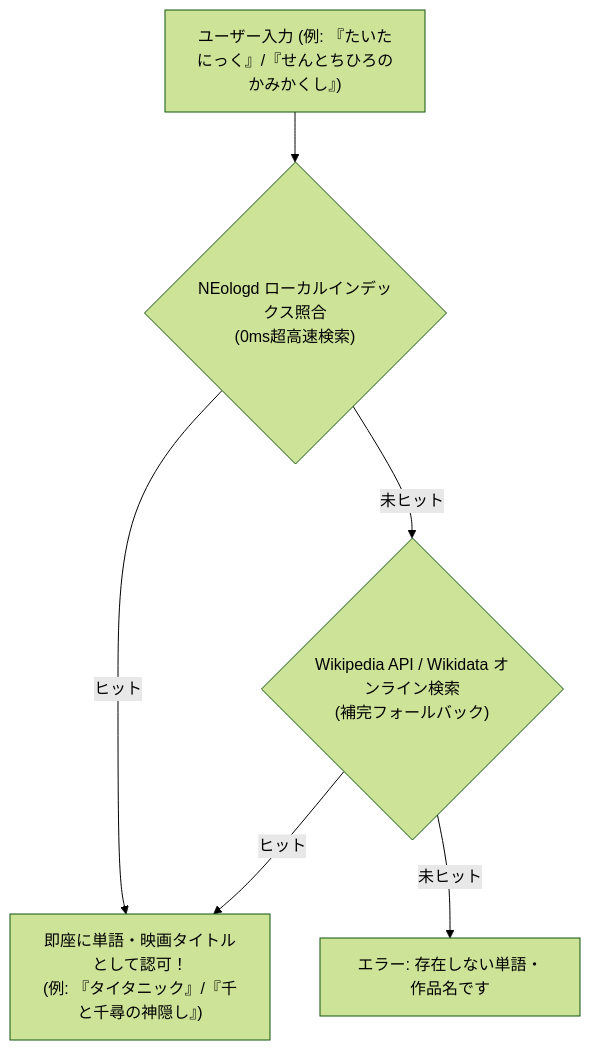
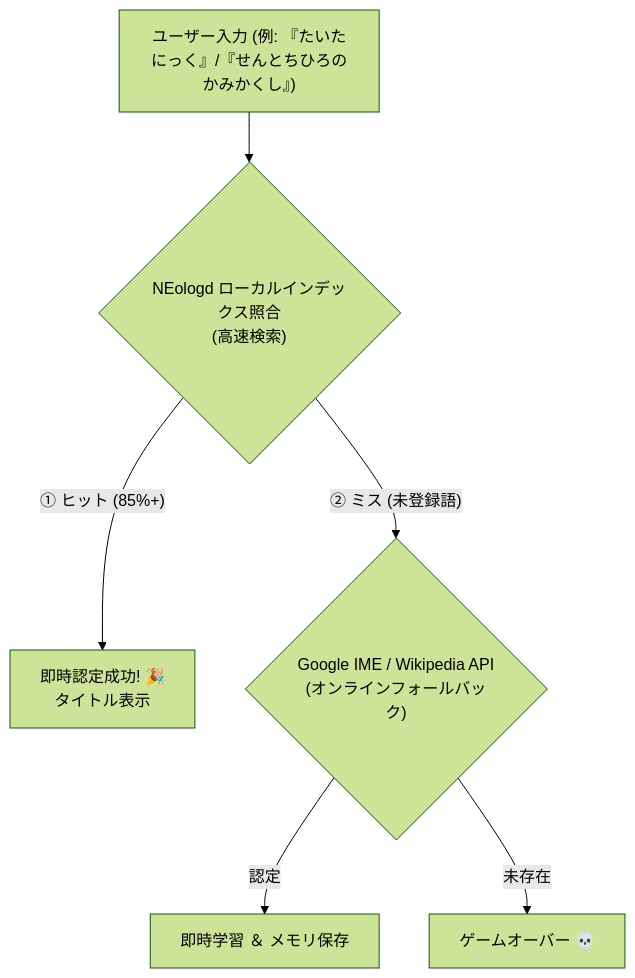
Before and after one commit to Ikenachi2023/ShiritoRush: the diagram in docs/research/NEologd辞書導入検討.md, drawn with Mermaid (forest theme). The commit also changed other lines of this file and 2 other files, not shown here.

````diff
--- a/docs/research/NEologd辞書導入検討.md
+++ b/docs/research/NEologd辞書導入検討.md
@@ -38,8 +37,8 @@
 ```mermaid
 graph TD
-    A["ユーザー入力 (例: 『たいたにっく』/『せんとちひろのかみかくし』)"] --> B{"NEologd ローカルインデックス照合<br>(0ms超高速検索)"}
-    B -- "ヒット" --> C["即座に単語・映画タイトルとして認可！<br>(例: 『タイタニック』/『千と千尋の神隠し』)"]
-    B -- "未ヒット" --> D{"Wikipedia API / Wikidata オンライン検索<br>(補完フォールバック)"}
-    D -- "ヒット" --> C
-    D -- "未ヒット" --> E["エラー: 存在しない単語・作品名です"]
+    A["ユーザー入力 (例: 『たいたにっく』/『せんとちひろのかみかくし』)"] --> B{"NEologd ローカルインデックス照合<br>(高速検索)"}
+    B -- "① ヒット (85%+)" --> C["即時認定成功! 🎉<br>タイトル表示"]
+    B -- "② ミス (未登録語)" --> D{"Google IME / Wikipedia API<br>(オンラインフォールバック)"}
+    D -- "認定" --> E["即時学習 ＆ メモリ保存"]
+    D -- "未存在" --> F["ゲームオーバー 💀"]
 ```
````
